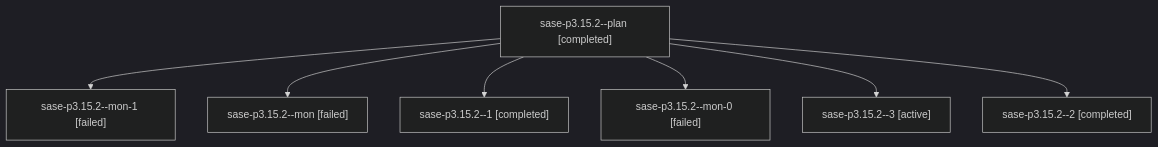
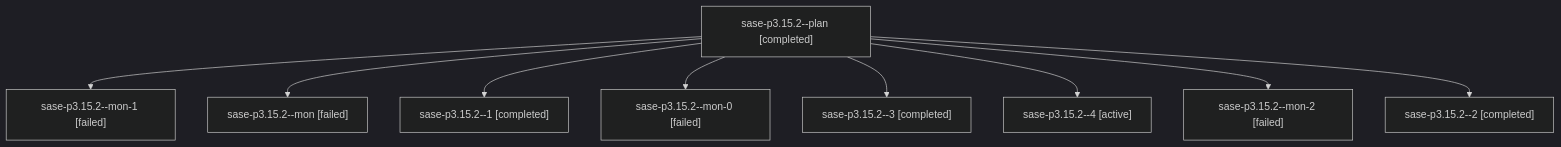
One commit to sase-org/sase--agents changed the diagram in families/bbugyi200.athena.sase-p3.15.2.md. Above: the diagram before and after it, drawn with Mermaid (dark theme). The commit also changed other lines of this file and 62 other files, not shown here.

````diff
--- a/families/bbugyi200.athena.sase-p3.15.2.md
+++ b/families/bbugyi200.athena.sase-p3.15.2.md
@@ -9,16 +9,20 @@
 ```mermaid
 flowchart TD
   n0["sase-p3.15.2--plan [completed]"]
   n1["sase-p3.15.2--mon-1 [failed]"]
   n0 --> n1
   n2["sase-p3.15.2--mon [failed]"]
   n0 --> n2
   n3["sase-p3.15.2--1 [completed]"]
   n0 --> n3
   n4["sase-p3.15.2--mon-0 [failed]"]
   n0 --> n4
-  n5["sase-p3.15.2--3 [active]"]
+  n5["sase-p3.15.2--3 [completed]"]
   n0 --> n5
-  n6["sase-p3.15.2--2 [completed]"]
+  n6["sase-p3.15.2--4 [active]"]
   n0 --> n6
+  n7["sase-p3.15.2--mon-2 [failed]"]
+  n0 --> n7
+  n8["sase-p3.15.2--2 [completed]"]
+  n0 --> n8
 ```
````
